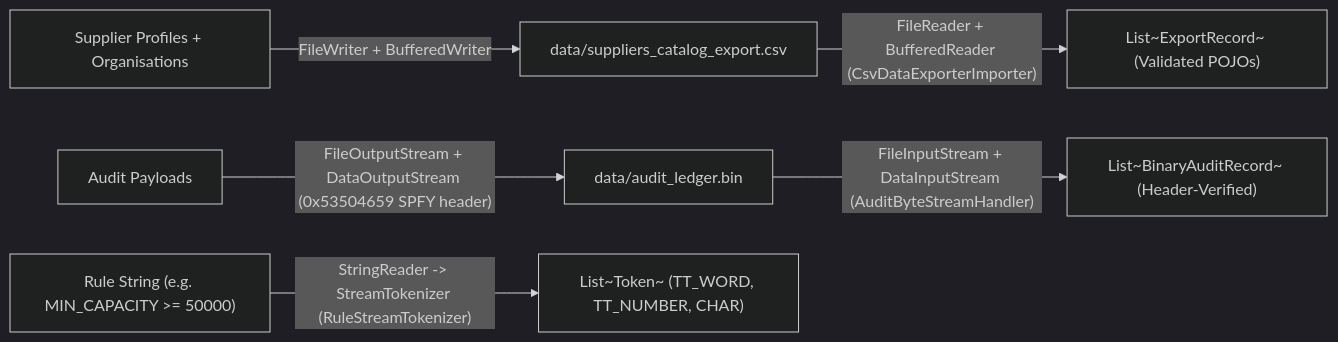
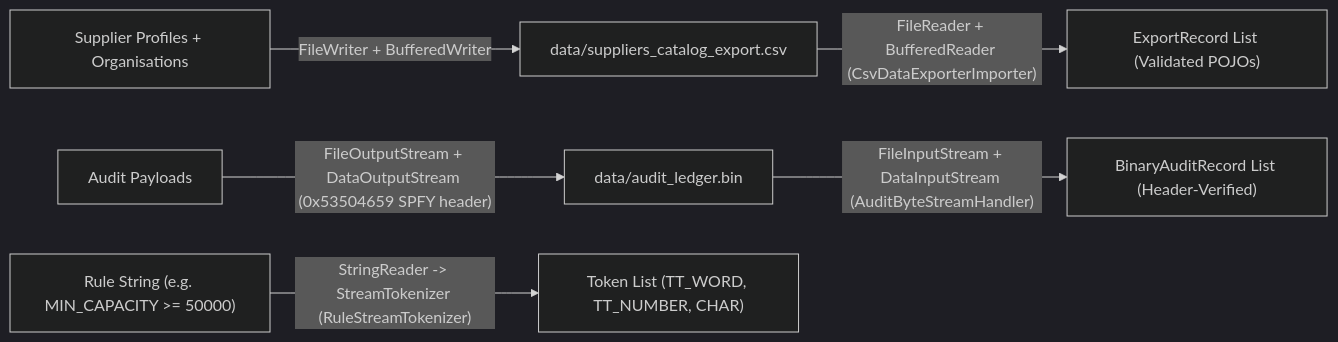
The eighth of 8 diagrams in docs/backend-architecture.md (ArchitSublok/supify), drawn with Mermaid (dark theme) before and after one commit. The commit also changed other lines of this file, not shown here.

Commit message:
docs(backend): add CLI/concurrency UML class diagram and sync JDBC/DemoRunner docs

````diff
--- a/docs/backend-architecture.md
+++ b/docs/backend-architecture.md
@@ -440,10 +685,10 @@
 ```mermaid
 flowchart LR
     Profiles["Supplier Profiles + Organisations"] -->|"FileWriter + BufferedWriter"| CSV["data/suppliers_catalog_export.csv"]
-    CSV -->|"FileReader + BufferedReader (CsvDataExporterImporter)"| Records["List~ExportRecord~ (Validated POJOs)"]
+    CSV -->|"FileReader + BufferedReader (CsvDataExporterImporter)"| Records["ExportRecord List (Validated POJOs)"]
 
     Events["Audit Payloads"] -->|"FileOutputStream + DataOutputStream (0x53504659 SPFY header)"| BIN["data/audit_ledger.bin"]
-    BIN -->|"FileInputStream + DataInputStream (AuditByteStreamHandler)"| ValidatedBin["List~BinaryAuditRecord~ (Header-Verified)"]
+    BIN -->|"FileInputStream + DataInputStream (AuditByteStreamHandler)"| ValidatedBin["BinaryAuditRecord List (Header-Verified)"]
 
-    Expr["Rule String (e.g. MIN_CAPACITY >= 50000)"] -->|"StringReader -> StreamTokenizer (RuleStreamTokenizer)"| Tokens["List~Token~ (TT_WORD, TT_NUMBER, CHAR)"]
+    Expr["Rule String (e.g. MIN_CAPACITY >= 50000)"] -->|"StringReader -> StreamTokenizer (RuleStreamTokenizer)"| Tokens["Token List (TT_WORD, TT_NUMBER, CHAR)"]
 ```
````
